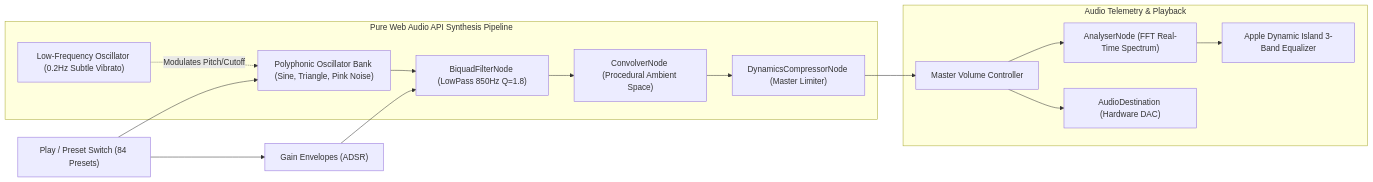
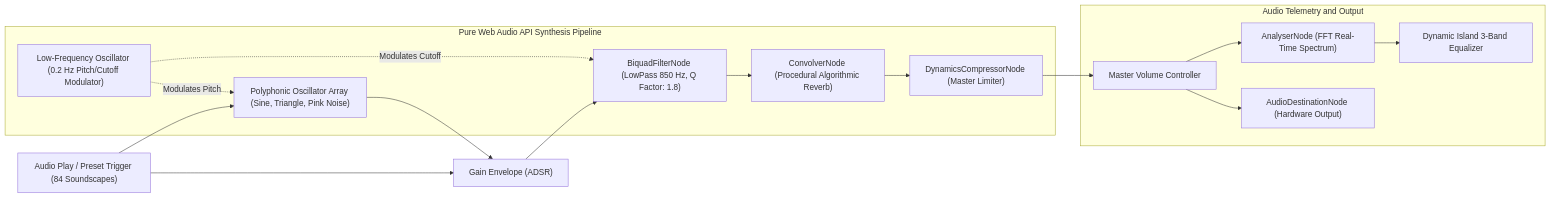
The seventh of 8 diagrams in README.md (Ahmedbakr78/Portfolio), drawn with Mermaid before and after one commit. The commit also changed other lines of this file and 4 other files, not shown here.

Commit message:
docs: remove all emojis and expand comprehensive architectural documentation and whitepapers

````diff
--- a/README.md
+++ b/README.md
@@ -219,30 +291,31 @@
 ```mermaid
 flowchart LR
-    Trigger["Play / Preset Switch (84 Presets)"] --> NodeGain["Gain Envelopes (ADSR)"]
-    
+    Trigger["Audio Play / Preset Trigger (84 Soundscapes)"] --> GainEnvelope["Gain Envelope (ADSR)"]
+
     subgraph Synthesis ["Pure Web Audio API Synthesis Pipeline"]
-        OscBank["Polyphonic Oscillator Bank (Sine, Triangle, Pink Noise)"]
-        Filter["BiquadFilterNode (LowPass 850Hz Q=1.8)"]
-        LFO["Low-Frequency Oscillator (0.2Hz Subtle Vibrato)"]
-        Convolver["ConvolverNode (Procedural Ambient Space)"]
+        OscBank["Polyphonic Oscillator Array (Sine, Triangle, Pink Noise)"]
+        Filter["BiquadFilterNode (LowPass 850 Hz, Q Factor: 1.8)"]
+        LFO["Low-Frequency Oscillator (0.2 Hz Pitch/Cutoff Modulator)"]
+        Convolver["ConvolverNode (Procedural Algorithmic Reverb)"]
         Compressor["DynamicsCompressorNode (Master Limiter)"]
     end
 
-    subgraph Output ["Audio Telemetry & Playback"]
+    subgraph Output ["Audio Telemetry and Output"]
         MasterGain["Master Volume Controller"]
         Analyser["AnalyserNode (FFT Real-Time Spectrum)"]
-        Speakers["AudioDestination (Hardware DAC)"]
-        Waveform["Apple Dynamic Island 3-Band Equalizer"]
+        Speakers["AudioDestinationNode (Hardware Output)"]
+        Waveform["Dynamic Island 3-Band Equalizer"]
     end
 
     Trigger --> OscBank
-    LFO -.->|Modulates Pitch/Cutoff| OscBank
-    OscBank --> Filter
-    NodeGain --> Filter
+    LFO -.->|Modulates Cutoff| Filter
+    LFO -.->|Modulates Pitch| OscBank
+    OscBank --> GainEnvelope
+    GainEnvelope --> Filter
     Filter --> Convolver
     Convolver --> Compressor
     Compressor --> MasterGain
     MasterGain --> Analyser
     MasterGain --> Speakers
     Analyser --> Waveform
 ```
````
